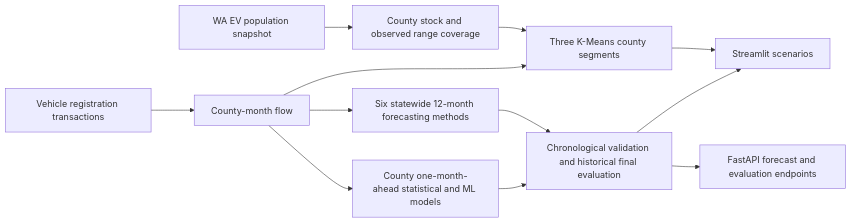
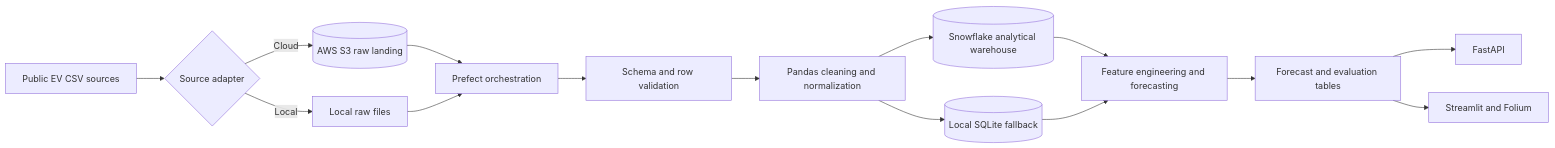
The diagram in README.md (cr-shah/chargeforward-ev-analytics), drawn with Mermaid before and after one commit. The commit also changed other lines of this file and 27 other files, not shown here.

````diff
--- a/README.md
+++ b/README.md
@@ -30,14 +26,17 @@
 ```mermaid
 flowchart LR
-    A[WA EV population snapshot] --> B[County stock and observed range coverage]
-    C[Vehicle registration transactions] --> D[County-month flow]
-    B --> E[Three K-Means county segments]
+    A[Public EV CSV sources] --> B{Source adapter}
+    B -->|Cloud| C[(AWS S3 raw landing)]
+    B -->|Local| D[Local raw files]
+    C --> E[Prefect orchestration]
     D --> E
-    D --> F[Six statewide 12-month forecasting methods]
-    D --> G[County one-month-ahead statistical and ML models]
-    F --> H[Chronological validation and historical final evaluation]
-    G --> H
-    E --> I[Streamlit scenarios]
-    H --> I
-    H --> J[FastAPI forecast and evaluation endpoints]
+    E --> F[Schema and row validation]
+    F --> G[Pandas cleaning and normalization]
+    G --> H[(Snowflake analytical warehouse)]
+    G --> I[(Local SQLite fallback)]
+    H --> J[Feature engineering and forecasting]
+    I --> J
+    J --> K[Forecast and evaluation tables]
+    K --> L[FastAPI]
+    K --> M[Streamlit and Folium]
 ```
````
